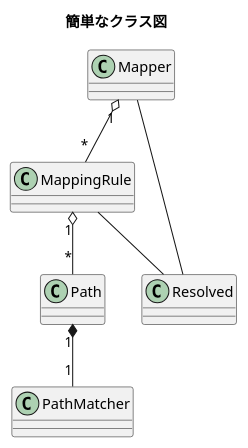
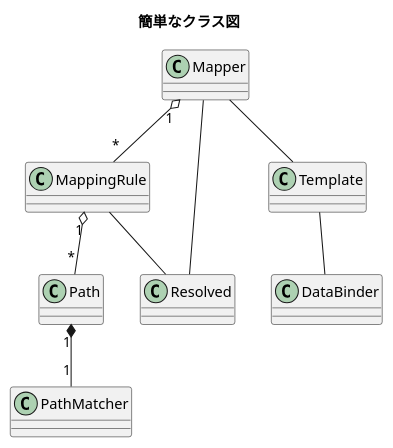
The diagram in diagrams/class.puml (t-kuni/php-url-meta-mapper), drawn with PlantUML before and after one commit. The commit also changed 1 other file, not shown here.

Commit message:
update diagrams

```diff
--- a/diagrams/class.puml
+++ b/diagrams/class.puml
@@ -1,15 +1,19 @@
 @startuml{Fig3.1.png}
 title 簡単なクラス図
 
 class Mapper
 class MappingRule
 class Path
 class PathMatcher
 class Resolved
+class Template
+class DataBinder
 
 Mapper "1" o-- "*" MappingRule
 MappingRule "1" o-- "*" Path
 Path "1" *-- "1" PathMatcher
 MappingRule -- Resolved
 Mapper -- Resolved
+Mapper -- Template
+Template -- DataBinder
 @enduml
```
